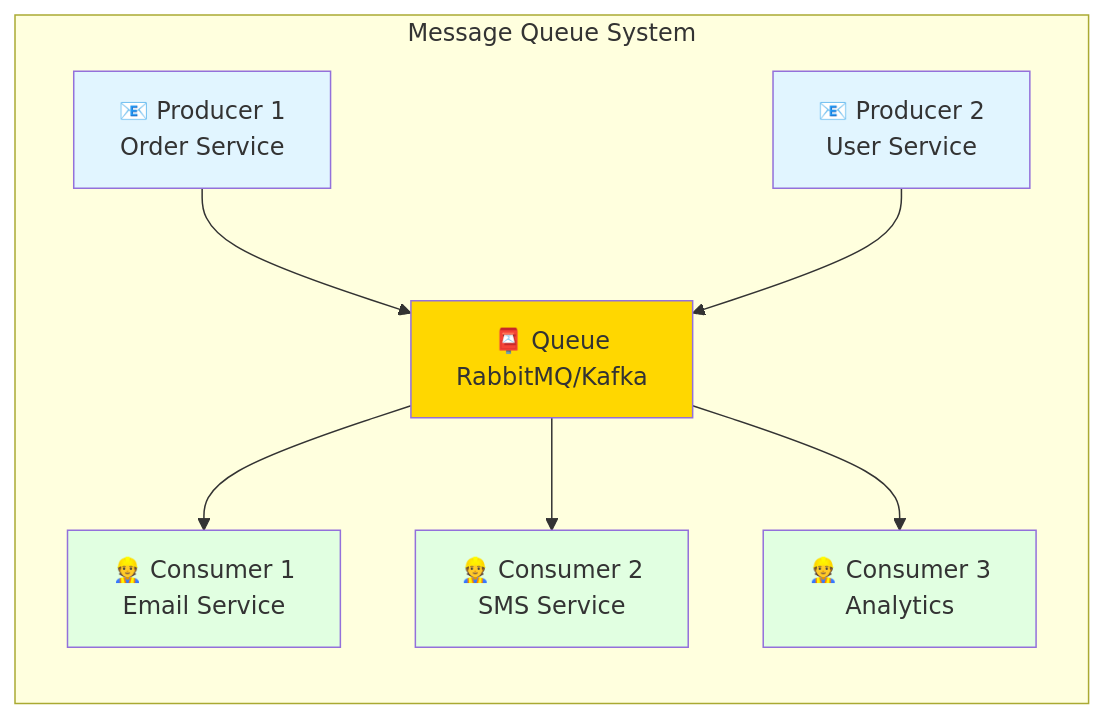
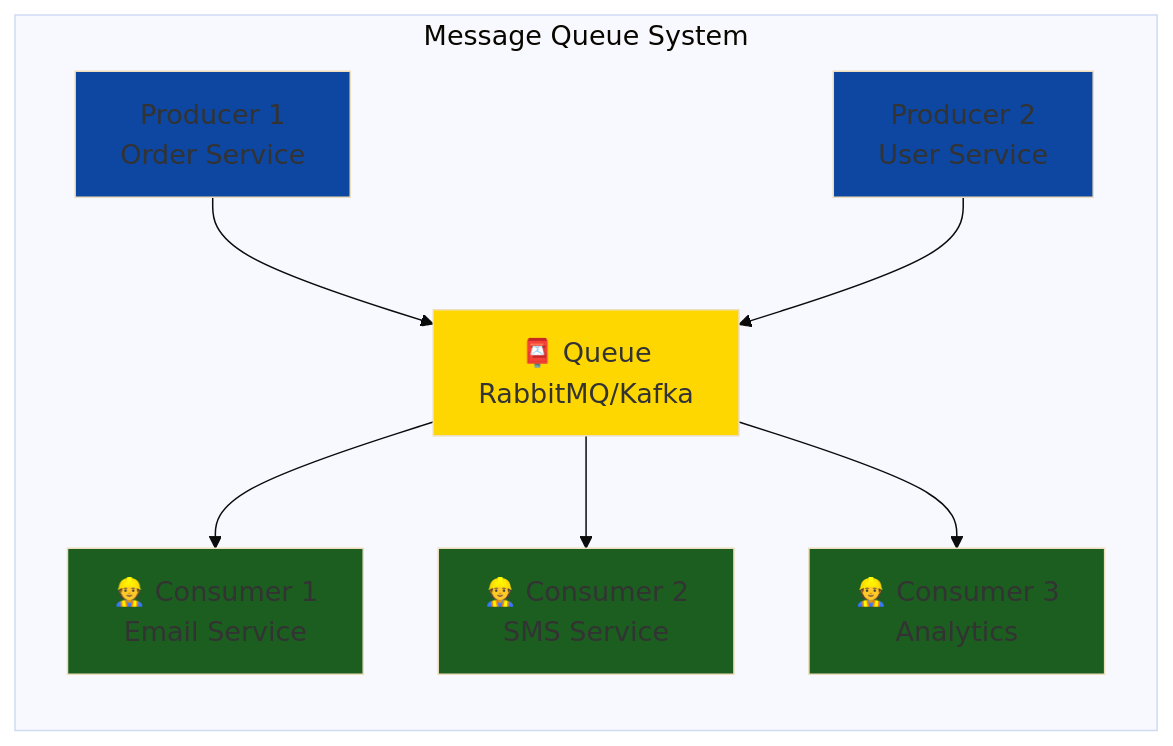
Diagram 11 of 20 in courses/🟡-development/FPUNA-2026/01-DESARROLLO-SOFTWARE/05-diseno-sistemas.md (Ai-Whisperers/Courses-Content), drawn with Mermaid before and after one commit. The commit also changed other lines of this file and 47 other files, not shown here.

First line of the commit message:
fix: Make all 473 diagrams WCAG AAA accessible (FPUNA-2026)

````diff
--- a/courses/🟡-development/FPUNA-2026/01-DESARROLLO-SOFTWARE/05-diseno-sistemas.md
+++ b/courses/🟡-development/FPUNA-2026/01-DESARROLLO-SOFTWARE/05-diseno-sistemas.md
@@ -420,18 +430,19 @@
 ```mermaid
+%%{init: {'theme':'base', 'themeVariables': {'fontSize':'18px'}}}%%
 graph LR
     subgraph "Message Queue System"
-        P1[📧 Producer 1<br/>Order Service] --> Q[📮 Queue<br/>RabbitMQ/Kafka]
-        P2[📧 Producer 2<br/>User Service] --> Q
+        P1[Producer 1<br/>Order Service] --> Q[📮 Queue<br/>RabbitMQ/Kafka]
+        P2[Producer 2<br/>User Service] --> Q
         
         Q --> C1[👷 Consumer 1<br/>Email Service]
         Q --> C2[👷 Consumer 2<br/>SMS Service]
         Q --> C3[👷 Consumer 3<br/>Analytics]
     end
     
     style Q fill:#FFD700
-    style P1 fill:#E1F5FF
-    style P2 fill:#E1F5FF
-    style C1 fill:#E1FFE1
-    style C2 fill:#E1FFE1
-    style C3 fill:#E1FFE1
+    style P1 fill:#0d47a1
+    style P2 fill:#0d47a1
+    style C1 fill:#1b5e20
+    style C2 fill:#1b5e20
+    style C3 fill:#1b5e20
 ```
````
